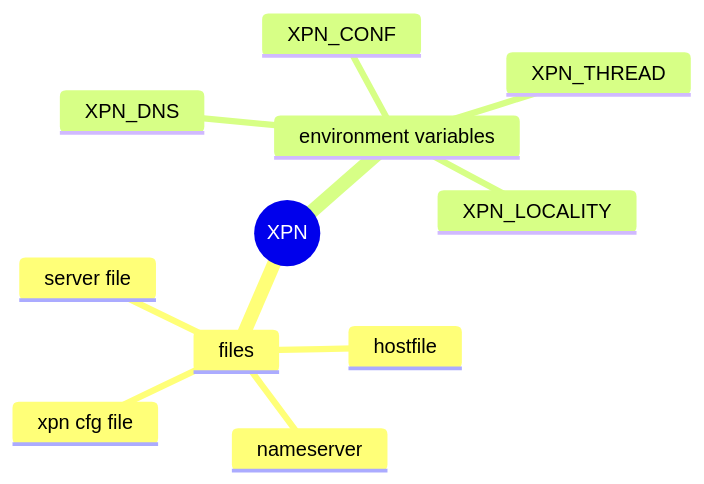
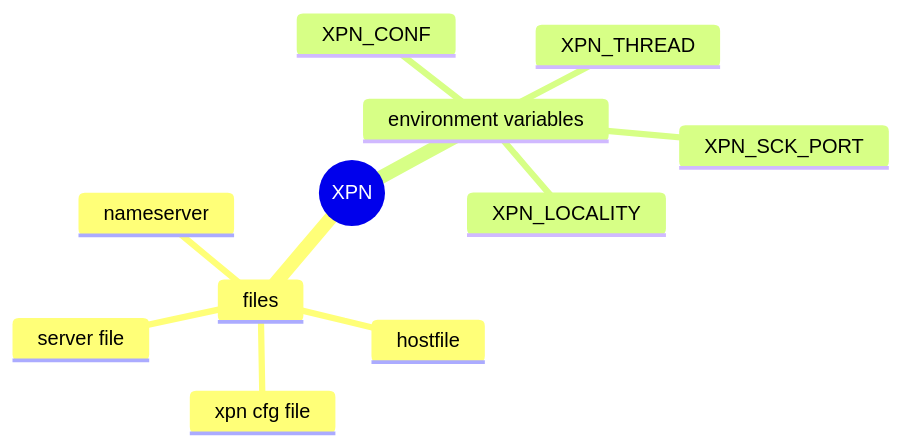
The second of 3 diagrams in README.md (xpn-arcos/xpn), drawn with Mermaid before and after one commit. The commit also changed other lines of this file and 9 other files, not shown here.

Commit message:
2.3.0: Remove XPN_DNS for XPN_SCK_PORT

````diff
--- a/README.md
+++ b/README.md
@@ -117,14 +117,14 @@
   ```mermaid
   mindmap
   root((XPN))
     files
         hostfile
         xpn cfg file
         nameserver
         server file
     environment variables
-        XPN_DNS
         XPN_CONF
         XPN_THREAD
         XPN_LOCALITY
+        XPN_SCK_PORT
 ```
````
